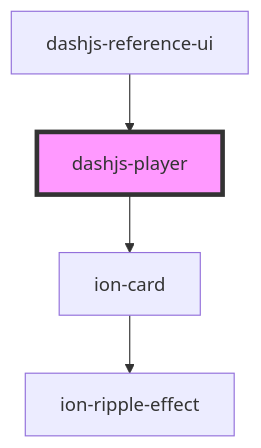
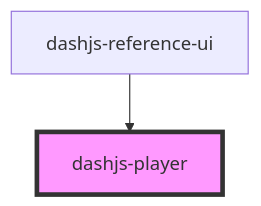
The diagram in src/components/dashjs-player/readme.md (AWTPJ2021/dash-reference-ui), drawn with Mermaid before and after one commit. The commit also changed other lines of this file and 46 other files, not shown here.

````diff
--- a/src/components/dashjs-player/readme.md
+++ b/src/components/dashjs-player/readme.md
@@ -27,7 +33,5 @@
 ```mermaid
 graph TD;
-  dashjs-player --> ion-card
-  ion-card --> ion-ripple-effect
   dashjs-reference-ui --> dashjs-player
   style dashjs-player fill:#f9f,stroke:#333,stroke-width:4px
 ```
````
